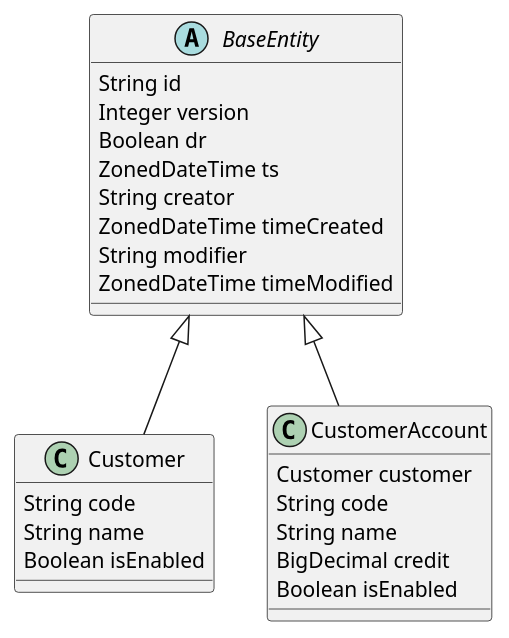
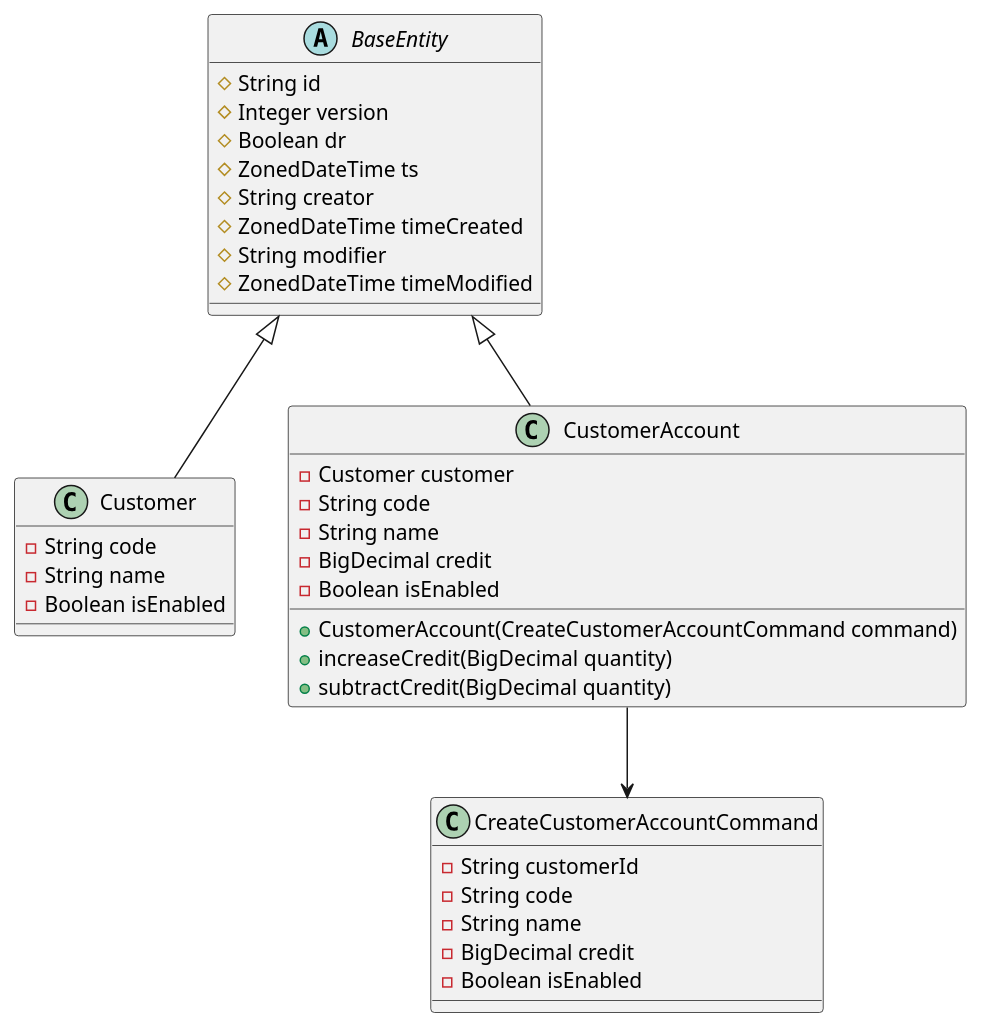
One commit to cckmit/omni-channel-cloud changed the diagram in design/uml/class.puml. Above: the diagram before and after it, drawn with PlantUML. The commit also changed 138 other files, not shown here.

Commit message:
Split common and command project from customer MS project, implement CQRS with AxonFramework.

```diff
--- a/design/uml/class.puml
+++ b/design/uml/class.puml
@@ -1,30 +1,41 @@
 @startuml
 
 BaseEntity <|-- Customer
 BaseEntity <|-- CustomerAccount
+CustomerAccount --> CreateCustomerAccountCommand
 
 abstract class BaseEntity {
-    String id
-    Integer version
-    Boolean dr
-    ZonedDateTime ts
-    String creator
-    ZonedDateTime timeCreated
-    String modifier
-    ZonedDateTime timeModified
+    #String id
+    #Integer version
+    #Boolean dr
+    #ZonedDateTime ts
+    #String creator
+    #ZonedDateTime timeCreated
+    #String modifier
+    #ZonedDateTime timeModified
 }
 
 class Customer {
-    String code
-    String name
-    Boolean isEnabled
+    -String code
+    -String name
+    -Boolean isEnabled
+}
+class CreateCustomerAccountCommand {
+    -String customerId
+    -String code
+    -String name
+    -BigDecimal credit
+    -Boolean isEnabled
 }
 class CustomerAccount {
-    Customer customer
-    String code
-    String name
-    BigDecimal credit
-    Boolean isEnabled
+    -Customer customer
+    -String code
+    -String name
+    -BigDecimal credit
+    -Boolean isEnabled
+    +CustomerAccount(CreateCustomerAccountCommand command)
+    +increaseCredit(BigDecimal quantity)
+    +subtractCredit(BigDecimal quantity)
 }
 
 @enduml
```
